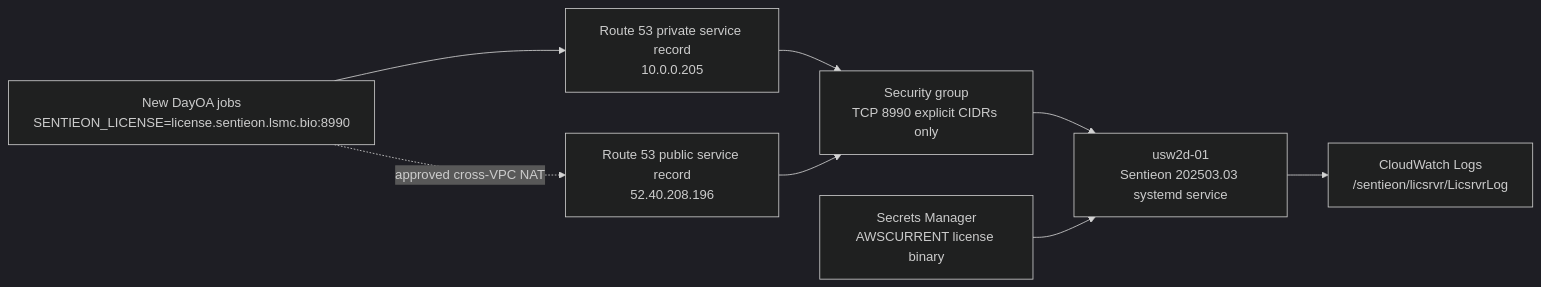
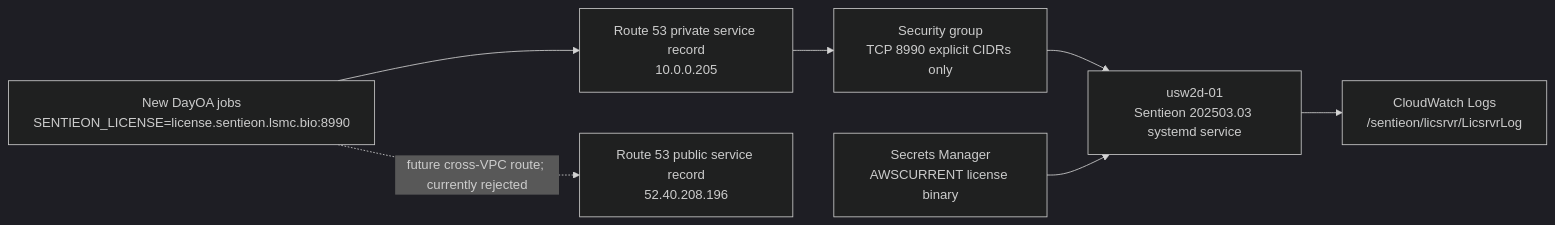
One commit to Daylily-Informatics/daylily-ephemeral-cluster changed the diagram in docs/sentieon_license_server_runbook.md. Above: the diagram before and after it, drawn with Mermaid (dark theme). The commit also changed other lines of this file and 6 other files, not shown here.

````diff
--- a/docs/sentieon_license_server_runbook.md
+++ b/docs/sentieon_license_server_runbook.md
@@ -80,15 +81,15 @@
 ```mermaid
 flowchart LR
   Client["New DayOA jobs<br/>SENTIEON_LICENSE=license.sentieon.lsmc.bio:8990"]
   PrivateDNS["Route 53 private service record<br/>10.0.0.205"]
   PublicDNS["Route 53 public service record<br/>52.40.208.196"]
   SG["Security group<br/>TCP 8990 explicit CIDRs only"]
   Server["usw2d-01<br/>Sentieon 202503.03 systemd service"]
   Secret["Secrets Manager<br/>AWSCURRENT license binary"]
   Logs["CloudWatch Logs<br/>/sentieon/licsrvr/LicsrvrLog"]
 
   Client --> PrivateDNS --> SG --> Server
-  Client -. "approved cross-VPC NAT" .-> PublicDNS --> SG
+  Client -. "future cross-VPC route; currently rejected" .-> PublicDNS
   Secret --> Server
   Server --> Logs
 ```
````
